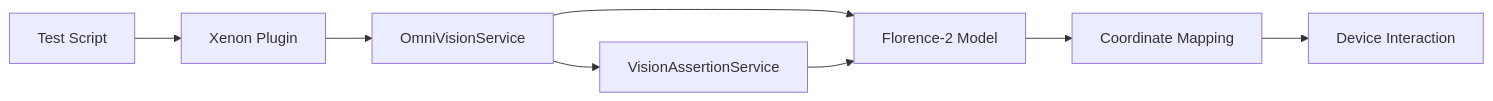
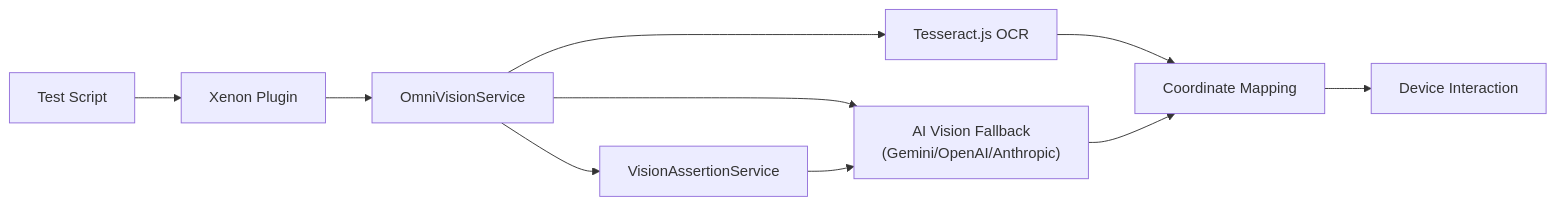
The diagram in website/docs/omni-vision.md (Rabindra184/xenon), drawn with Mermaid before and after one commit. The commit also changed other lines of this file and 6 other files, not shown here.

````diff
--- a/website/docs/omni-vision.md
+++ b/website/docs/omni-vision.md
@@ -71,10 +73,12 @@
 ```mermaid
 graph LR
     A["Test Script"] --> B["Xenon Plugin"]
     B --> C["OmniVisionService"]
-    C --> D["Florence-2 Model"]
-    D --> E["Coordinate Mapping"]
+    C --> D1["Tesseract.js OCR"]
+    C --> D2["AI Vision Fallback\n(Gemini/OpenAI/Anthropic)"]
+    D1 --> E["Coordinate Mapping"]
+    D2 --> E
     E --> F["Device Interaction"]
     C --> G["VisionAssertionService"]
-    G --> D
+    G --> D2
 ```
````
